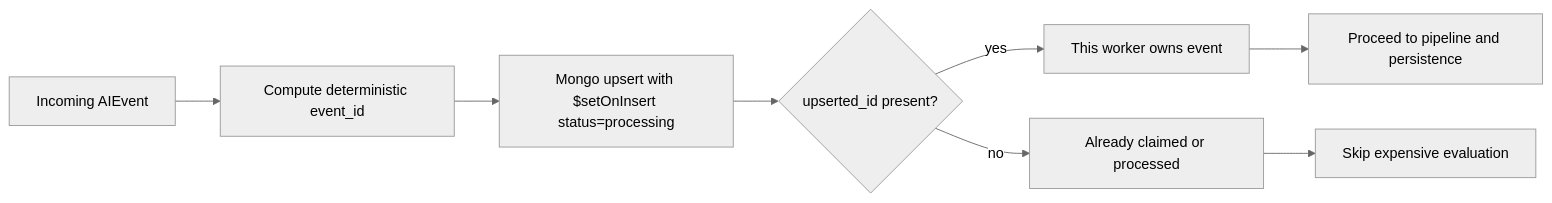
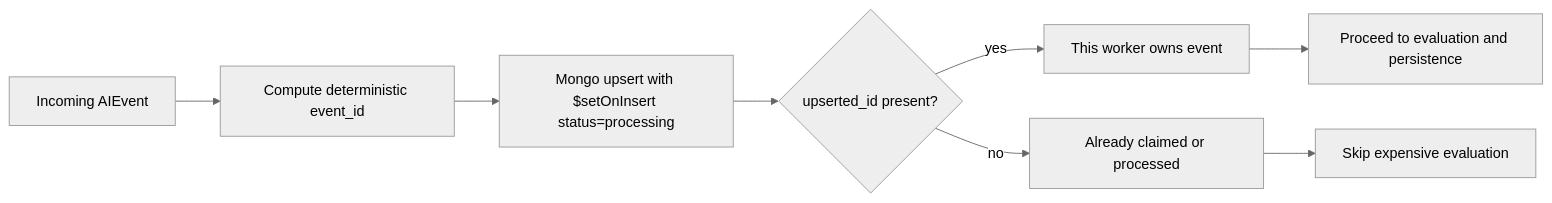
The second of 3 diagrams in docs/flowcharts.md (JaakkoLipp/Thesis_LLM_DeepEval_OSS), drawn with Mermaid (neutral theme) before and after one commit. The commit also changed other lines of this file and 23 other files, not shown here.

````diff
--- a/docs/flowcharts.md
+++ b/docs/flowcharts.md
@@ -41,11 +48,11 @@
 ```mermaid
 flowchart LR
     A[Incoming AIEvent] --> B[Compute deterministic event_id]
     B --> C[Mongo upsert with $setOnInsert status=processing]
     C --> D{upserted_id present?}
     D -->|yes| E[This worker owns event]
-    E --> F[Proceed to pipeline and persistence]
+    E --> F[Proceed to evaluation and persistence]
 
     D -->|no| G[Already claimed or processed]
     G --> H[Skip expensive evaluation]
 ```
````
